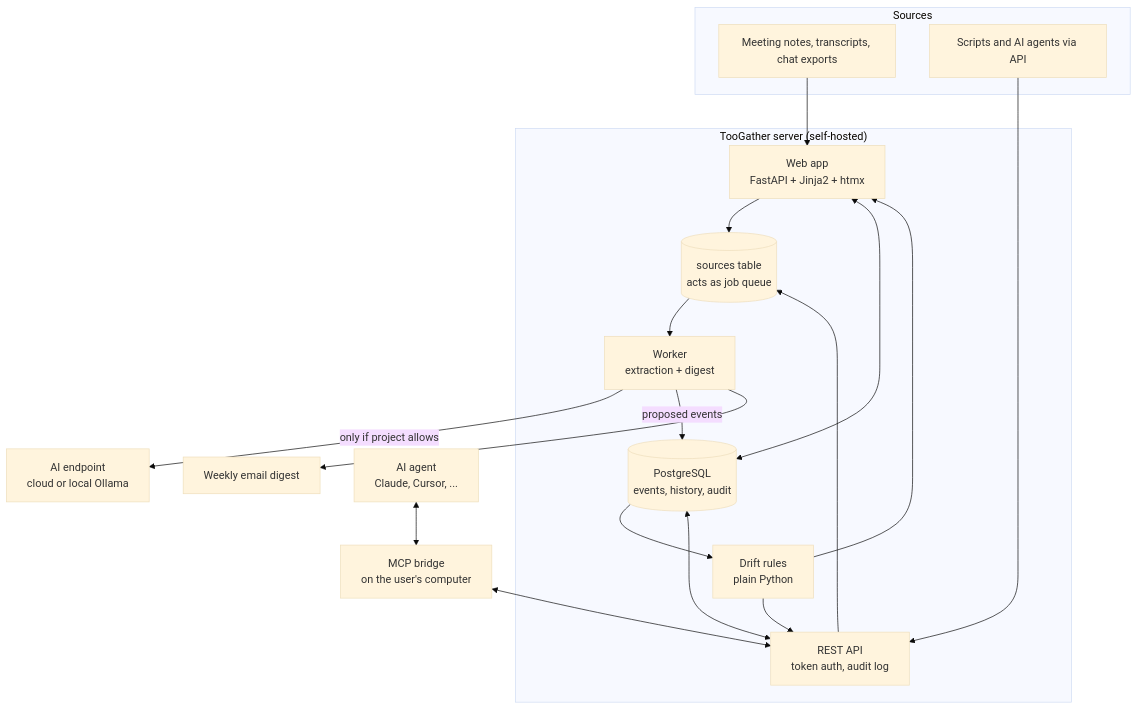
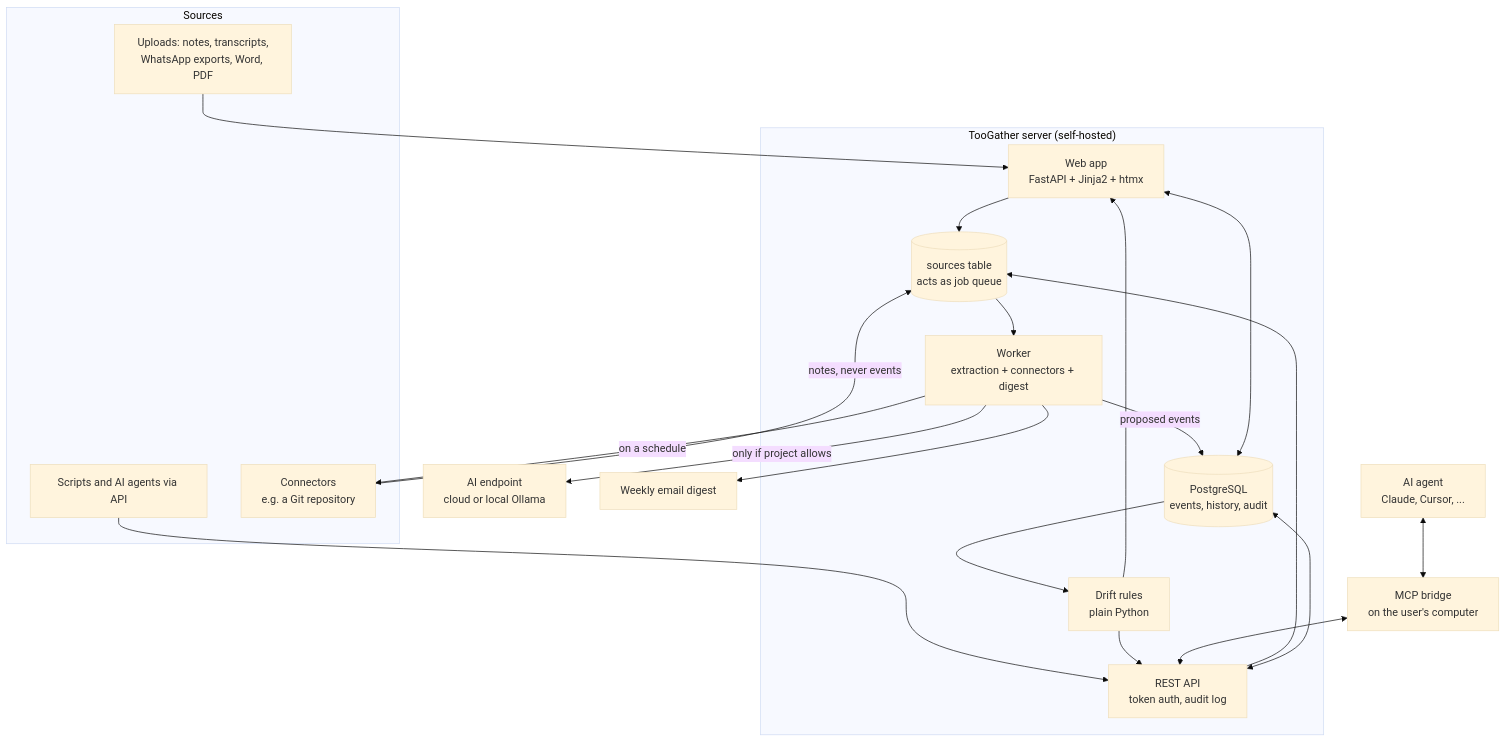
The first of 3 diagrams in ARCHITECTURE.md (161402059SGS/TooGather), drawn with Mermaid (base theme) before and after one commit. The commit also changed other lines of this file and 39 other files, not shown here.

````diff
--- a/ARCHITECTURE.md
+++ b/ARCHITECTURE.md
@@ -7,34 +7,37 @@
 ```mermaid
 flowchart TD
     subgraph Sources
-        U[Meeting notes, transcripts, chat exports]
+        U[Uploads: notes, transcripts,<br/>WhatsApp exports, Word, PDF]
         A[Scripts and AI agents via API]
+        C[Connectors<br/>e.g. a Git repository]
     end
 
     subgraph Server["TooGather server (self-hosted)"]
         W[Web app<br/>FastAPI + Jinja2 + htmx]
         API[REST API<br/>token auth, audit log]
         Q[(sources table<br/>acts as job queue)]
-        WK[Worker<br/>extraction + digest]
+        WK[Worker<br/>extraction + connectors + digest]
         DB[(PostgreSQL<br/>events, history, audit)]
         D[Drift rules<br/>plain Python]
     end
 
     LLM[AI endpoint<br/>cloud or local Ollama]
     MCP[MCP bridge<br/>on the user's computer]
     Agent[AI agent<br/>Claude, Cursor, ...]
     Mail[Weekly email digest]
 
     U --> W --> Q
     A --> API --> Q
     Q --> WK
+    WK -- "on a schedule" --> C
+    C -- "notes, never events" --> Q
     WK -- "only if project allows" --> LLM
     WK -- proposed events --> DB
     W <--> DB
     API <--> DB
     DB --> D
     D --> W
     D --> API
     WK --> Mail
     Agent <--> MCP <--> API
 ```
````
